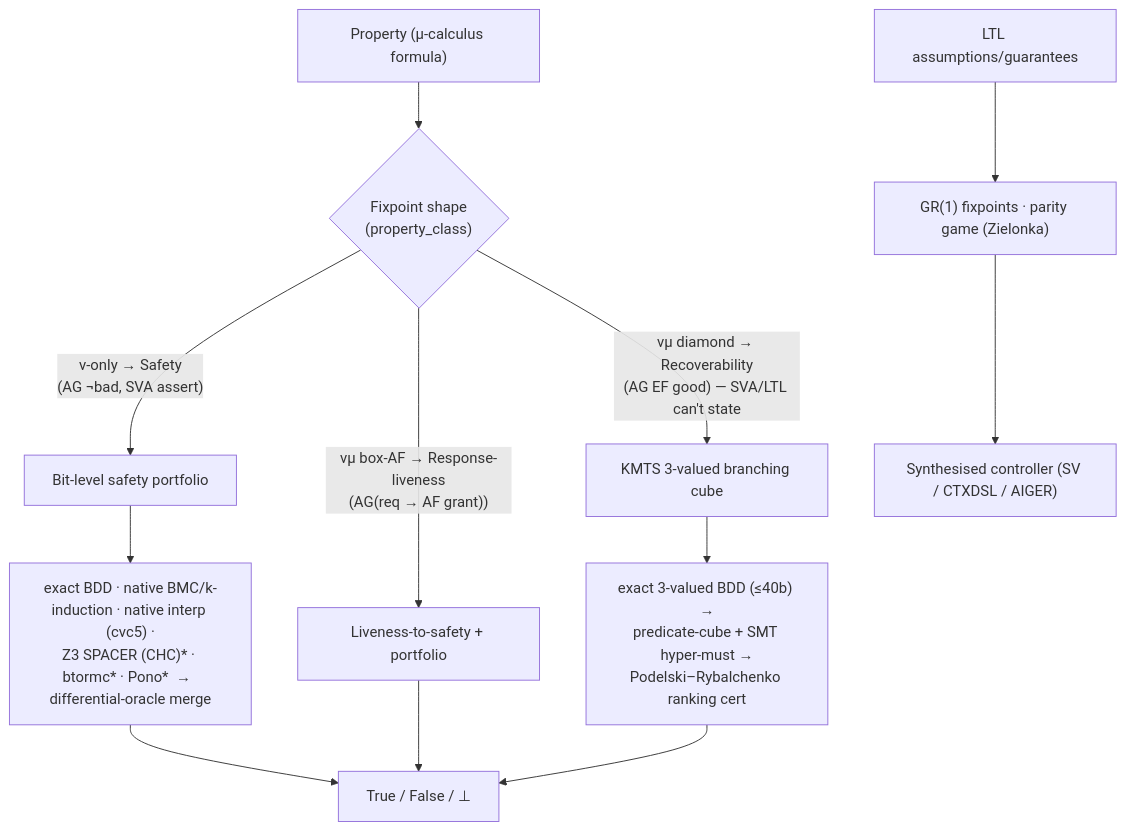
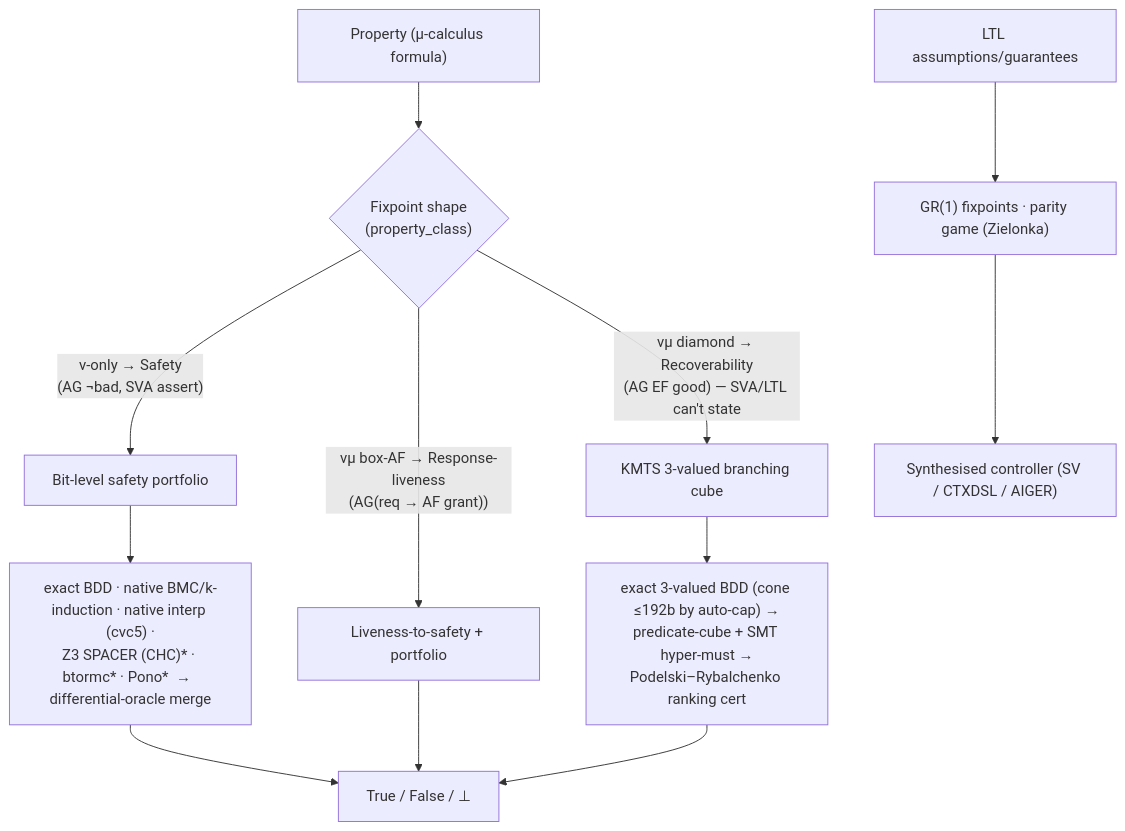
The second of 2 diagrams in README.md (Mumunu-team/mununu), drawn with Mermaid before and after one commit. The commit also changed other lines of this file and 29 other files, not shown here.

````diff
--- a/README.md
+++ b/README.md
@@ -192,16 +192,16 @@
 ```mermaid
 flowchart TD
   P["Property (μ-calculus formula)"] --> C{"Fixpoint shape<br/>(property_class)"}
   C -->|"ν-only → Safety<br/>(AG ¬bad, SVA assert)"| SAFE["Bit-level safety portfolio"]
   C -->|"νμ box-AF → Response-liveness<br/>(AG(req → AF grant))"| L2S["Liveness-to-safety + portfolio"]
   C -->|"νμ diamond → Recoverability<br/>(AG EF good) — SVA/LTL can't state"| CUBE["KMTS 3-valued branching cube"]
 
   SAFE --> PORT["exact BDD · native BMC/k-induction · native interp (cvc5) ·<br/>Z3 SPACER (CHC)* · btormc* · Pono*  →  differential-oracle merge"]
-  CUBE --> BR["exact 3-valued BDD (≤40b) →<br/>predicate-cube + SMT hyper-must →<br/>Podelski–Rybalchenko ranking cert"]
+  CUBE --> BR["exact 3-valued BDD (cone ≤192b by auto-cap) →<br/>predicate-cube + SMT hyper-must →<br/>Podelski–Rybalchenko ranking cert"]
 
   PORT --> V["True / False / ⊥"]
   L2S --> V
   BR --> V
 
   LTL["LTL assumptions/guarantees"] --> SYN["GR(1) fixpoints · parity game (Zielonka)"] --> CTRL["Synthesised controller (SV / CTXDSL / AIGER)"]
 ```
````
